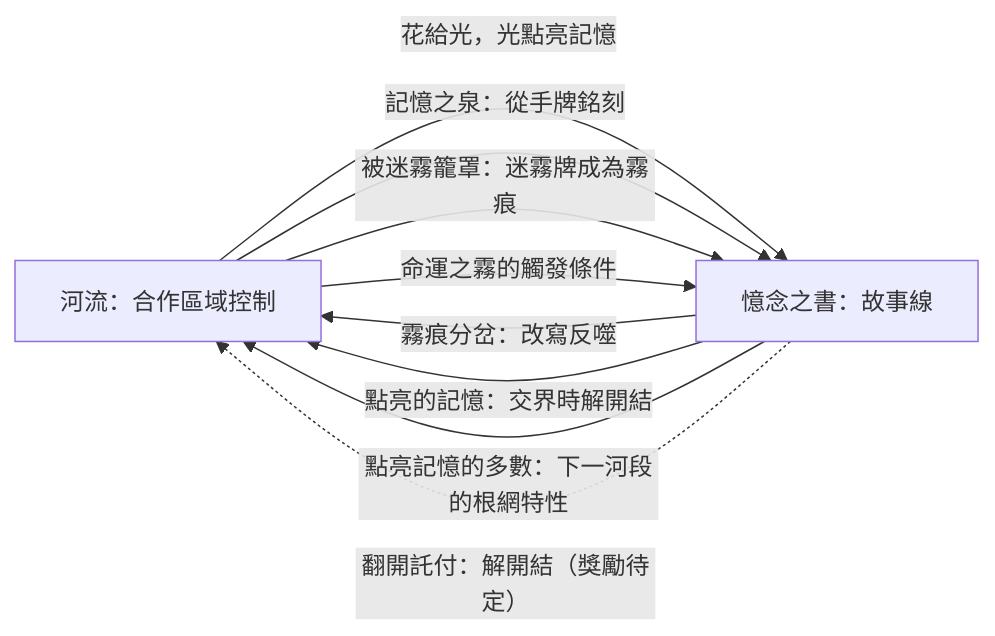
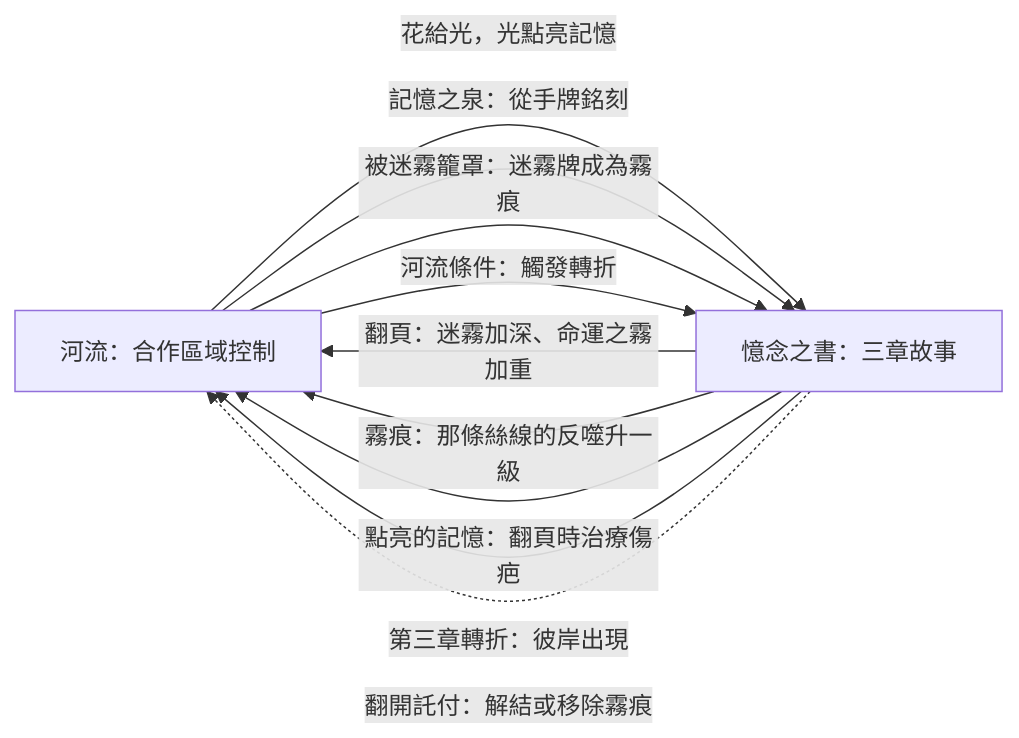
Before and after one commit to Ralph-Liu-Hub/Boardgame-Netherbloom: the first of 2 diagrams in docs/design/V5-proposal.zh-TW.md, drawn with Mermaid. The commit also changed other lines of this file and 1 other file, not shown here.

````diff
--- a/docs/design/V5-proposal.zh-TW.md
+++ b/docs/design/V5-proposal.zh-TW.md
@@ -22,13 +68,14 @@
 ```mermaid
 flowchart LR
   R[河流：合作區域控制]
-  B[憶念之書：故事線]
+  B[憶念之書：三章故事]
   R -- 花給光，光點亮記憶 --> B
   R -- 記憶之泉：從手牌銘刻 --> B
   R -- 被迷霧籠罩：迷霧牌成為霧痕 --> B
-  R -- 命運之霧的觸發條件 --> B
-  B -- 霧痕分岔：改寫反噬 --> R
-  B -- 點亮的記憶：交界時解開結 --> R
-  B -- 點亮記憶的多數：下一河段的根網特性 --> R
-  B -. 翻開託付：解開結（獎勵待定） .-> R
+  R -- 河流條件：觸發轉折 --> B
+  B -- 翻頁：迷霧加深、命運之霧加重 --> R
+  B -- 霧痕：那條絲線的反噬升一級 --> R
+  B -- 點亮的記憶：翻頁時治療傷疤 --> R
+  B -- 第三章轉折：彼岸出現 --> R
+  B -. 翻開託付：解結或移除霧痕 .-> R
 ```
````
